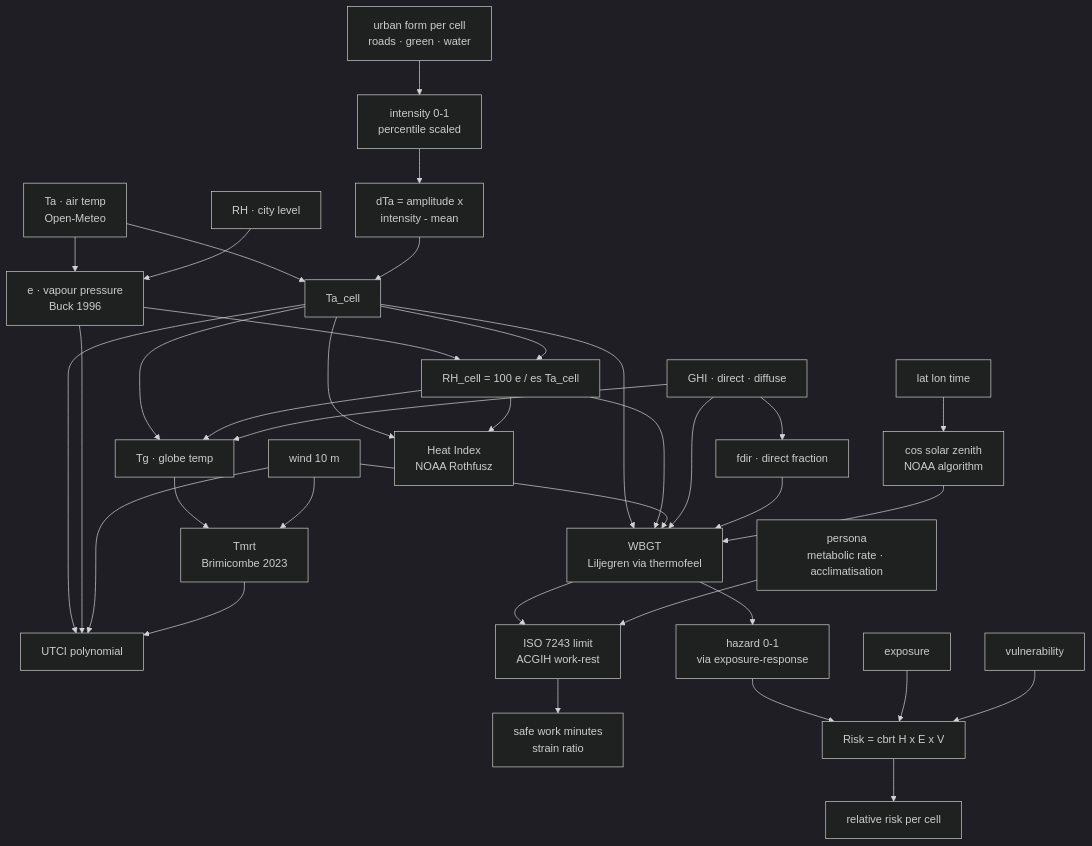
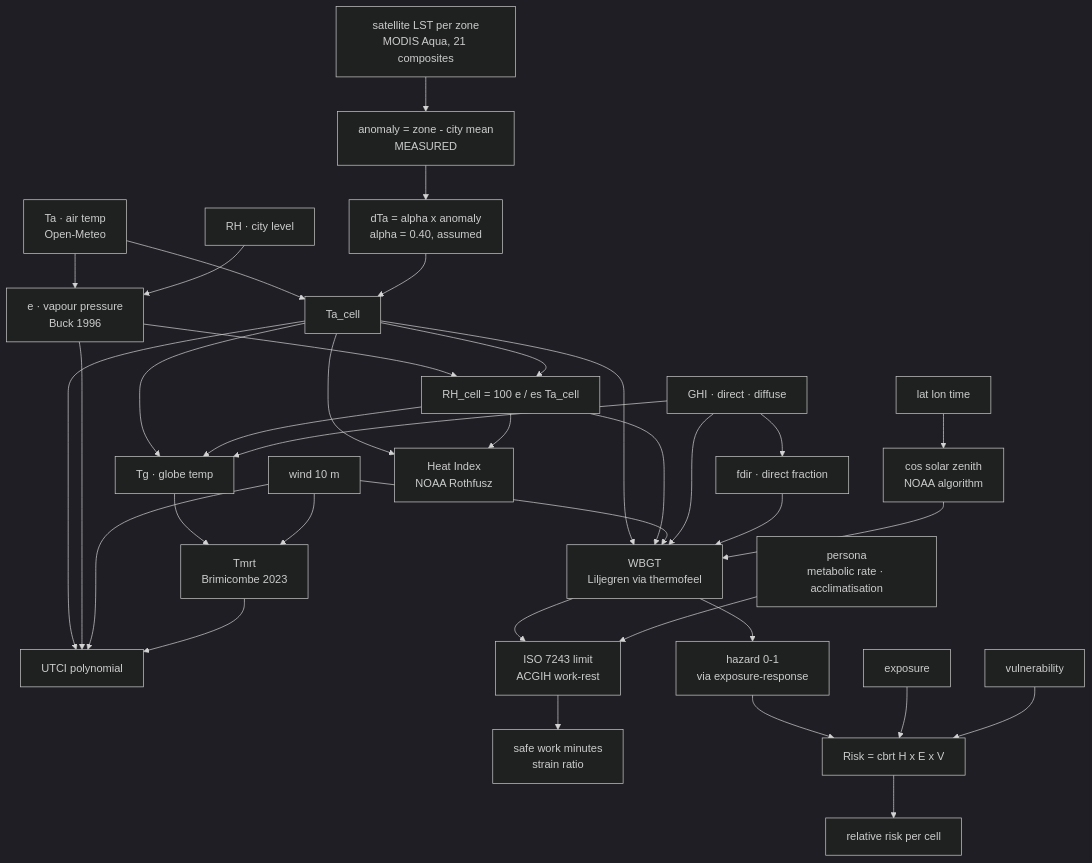
The second of 6 diagrams in docs/ARCHITECTURE.md (nishok22-max/HeatLens), drawn with Mermaid (dark theme) before and after one commit. The commit also changed other lines of this file and 68 other files, not shown here.

````diff
--- a/docs/ARCHITECTURE.md
+++ b/docs/ARCHITECTURE.md
@@ -87,52 +89,52 @@
 ```mermaid
 flowchart TD
   Ta["Ta · air temp<br/>Open-Meteo"]
   RHc["RH · city level"]
   WS["wind 10 m"]
   GHI["GHI · direct · diffuse"]
-  UF["urban form per cell<br/>roads · green · water"]
+  UF["satellite LST per zone<br/>MODIS Aqua, 21 composites"]
 
-  UF --> INT["intensity 0-1<br/>percentile scaled"]
-  INT --> DTA["dTa = amplitude x<br/>intensity - mean"]
+  UF --> INT["anomaly = zone - city mean<br/>MEASURED"]
+  INT --> DTA["dTa = alpha x anomaly<br/>alpha = 0.40, assumed"]
   Ta --> TAH["Ta_cell"]
   DTA --> TAH
 
   Ta --> EC["e · vapour pressure<br/>Buck 1996"]
   RHc --> EC
   EC --> RHH["RH_cell = 100 e / es Ta_cell"]
   TAH --> RHH
 
   GHI --> FDIR["fdir · direct fraction"]
   LATLON["lat lon time"] --> MU["cos solar zenith<br/>NOAA algorithm"]
 
   TAH --> LIL["WBGT<br/>Liljegren via thermofeel"]
   RHH --> LIL
   WS --> LIL
   GHI --> LIL
   FDIR --> LIL
   MU --> LIL
 
   TAH --> TG["Tg · globe temp"]
   RHH --> TG
   GHI --> TG
   TG --> MRT["Tmrt<br/>Brimicombe 2023"]
   WS --> MRT
 
   TAH --> UTCI["UTCI polynomial"]
   EC --> UTCI
   WS --> UTCI
   MRT --> UTCI
 
   TAH --> HI["Heat Index<br/>NOAA Rothfusz"]
   RHH --> HI
 
   LIL --> PHYS["ISO 7243 limit<br/>ACGIH work-rest"]
   PERS["persona<br/>metabolic rate · acclimatisation"] --> PHYS
   PHYS --> OUT1["safe work minutes<br/>strain ratio"]
 
   LIL --> HAZ["hazard 0-1<br/>via exposure-response"]
   HAZ --> RISK["Risk = cbrt H x E x V"]
   EXP["exposure"] --> RISK
   VUL["vulnerability"] --> RISK
   RISK --> OUT2["relative risk per cell"]
 ```
````
